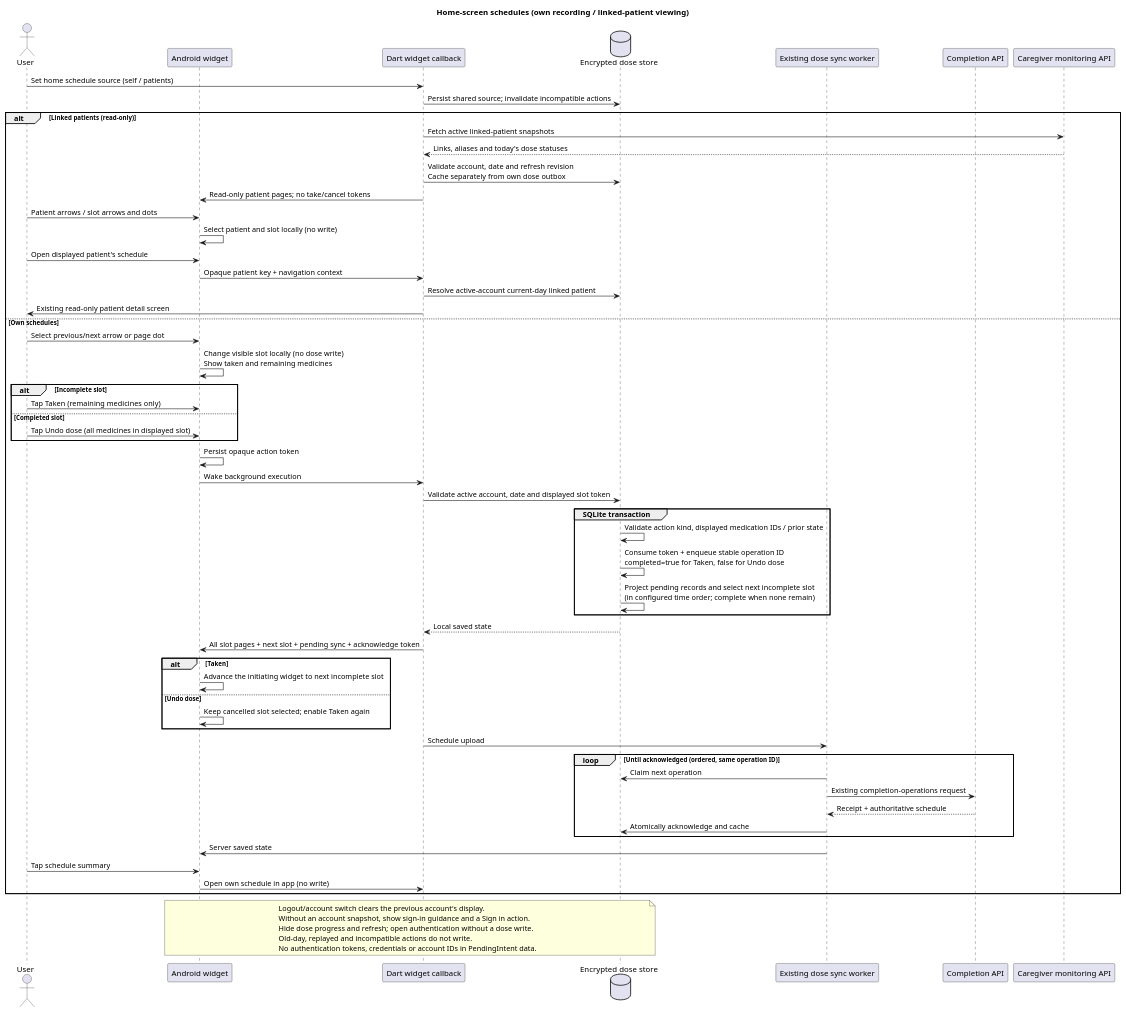
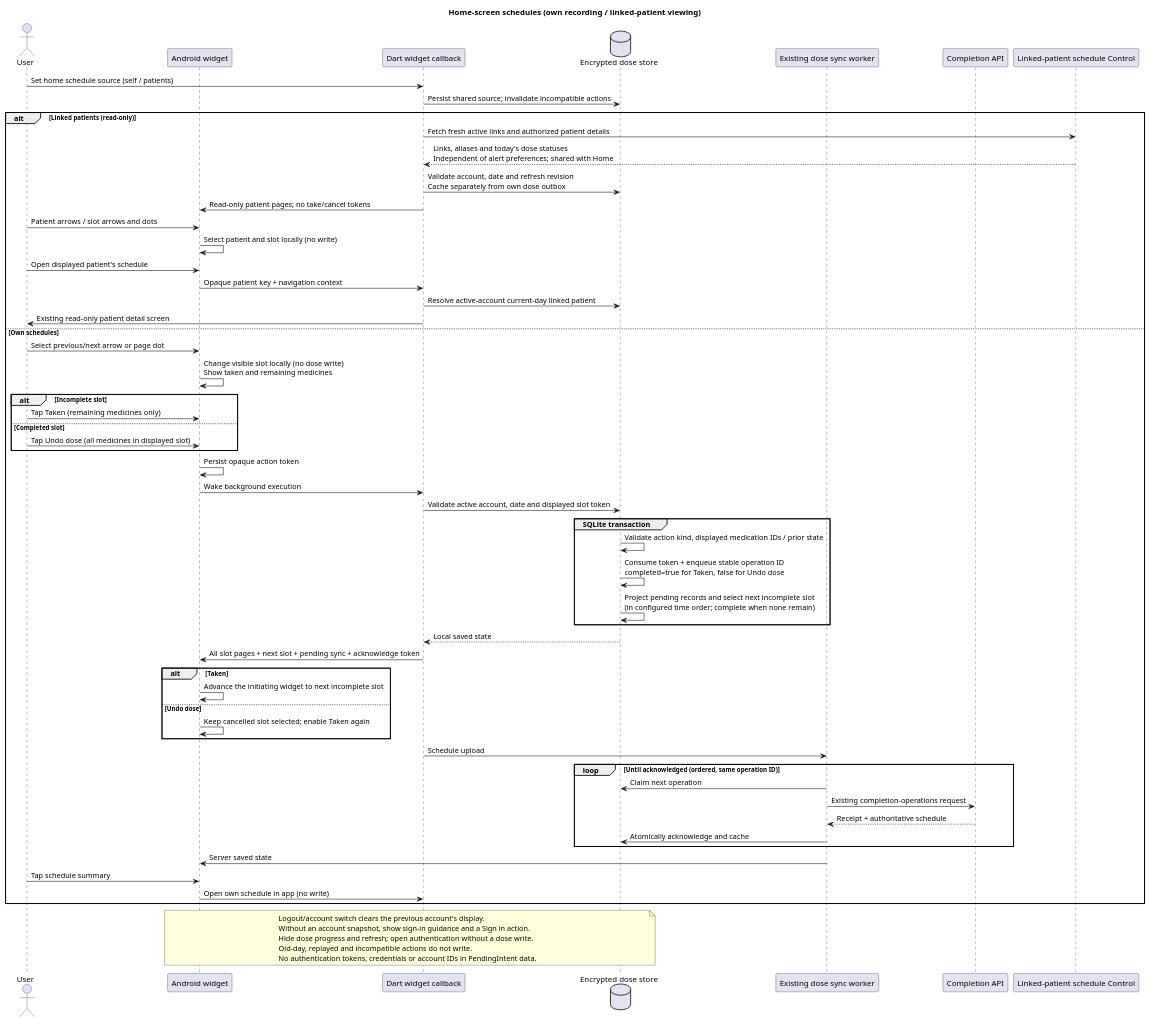
The diagram in docs/UML/sequence/HomeDoseWidget.puml (1window2/MedBuddy), drawn with PlantUML before and after one commit. The commit also changed 7 other files, not shown here.

Commit message:
fix: decouple caregiver widget schedules from alert settings

```diff
--- a/docs/UML/sequence/HomeDoseWidget.puml
+++ b/docs/UML/sequence/HomeDoseWidget.puml
@@ -1,66 +1,66 @@
 @startuml
 title Home-screen schedules (own recording / linked-patient viewing)
 actor User
 participant "Android widget" as Widget
 participant "Dart widget callback" as Callback
 database "Encrypted dose store" as Store
 participant "Existing dose sync worker" as Sync
 participant "Completion API" as API
-participant "Caregiver monitoring API" as Monitoring
+participant "Linked-patient schedule Control" as Schedules
 
 User -> Callback: Set home schedule source (self / patients)
 Callback -> Store: Persist shared source; invalidate incompatible actions
 alt Linked patients (read-only)
-Callback -> Monitoring: Fetch active linked-patient snapshots
-Monitoring --> Callback: Links, aliases and today's dose statuses
+Callback -> Schedules: Fetch fresh active links and authorized patient details
+Schedules --> Callback: Links, aliases and today's dose statuses\nIndependent of alert preferences; shared with Home
 Callback -> Store: Validate account, date and refresh revision\nCache separately from own dose outbox
 Callback -> Widget: Read-only patient pages; no take/cancel tokens
 User -> Widget: Patient arrows / slot arrows and dots
 Widget -> Widget: Select patient and slot locally (no write)
 User -> Widget: Open displayed patient's schedule
 Widget -> Callback: Opaque patient key + navigation context
 Callback -> Store: Resolve active-account current-day linked patient
 Callback -> User: Existing read-only patient detail screen
 else Own schedules
 
 User -> Widget: Select previous/next arrow or page dot
 Widget -> Widget: Change visible slot locally (no dose write)\nShow taken and remaining medicines
 alt Incomplete slot
 User -> Widget: Tap Taken (remaining medicines only)
 else Completed slot
 User -> Widget: Tap Undo dose (all medicines in displayed slot)
 end
 Widget -> Widget: Persist opaque action token
 Widget -> Callback: Wake background execution
 Callback -> Store: Validate active account, date and displayed slot token
 group SQLite transaction
 Store -> Store: Validate action kind, displayed medication IDs / prior state
 Store -> Store: Consume token + enqueue stable operation ID\ncompleted=true for Taken, false for Undo dose
 Store -> Store: Project pending records and select next incomplete slot\n(in configured time order; complete when none remain)
 end
 Store --> Callback: Local saved state
 Callback -> Widget: All slot pages + next slot + pending sync + acknowledge token
 alt Taken
 Widget -> Widget: Advance the initiating widget to next incomplete slot
 else Undo dose
 Widget -> Widget: Keep cancelled slot selected; enable Taken again
 end
 Callback -> Sync: Schedule upload
 loop Until acknowledged (ordered, same operation ID)
 Sync -> Store: Claim next operation
 Sync -> API: Existing completion-operations request
 API --> Sync: Receipt + authoritative schedule
 Sync -> Store: Atomically acknowledge and cache
 end
 Sync -> Widget: Server saved state
 User -> Widget: Tap schedule summary
 Widget -> Callback: Open own schedule in app (no write)
 end
 note over Widget,Store
 Logout/account switch clears the previous account's display.
 Without an account snapshot, show sign-in guidance and a Sign in action.
 Hide dose progress and refresh; open authentication without a dose write.
 Old-day, replayed and incompatible actions do not write.
 No authentication tokens, credentials or account IDs in PendingIntent data.
 end note
 @enduml
```
